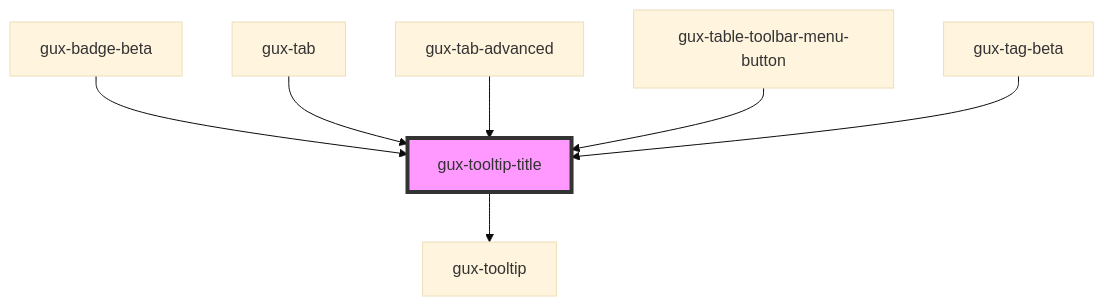
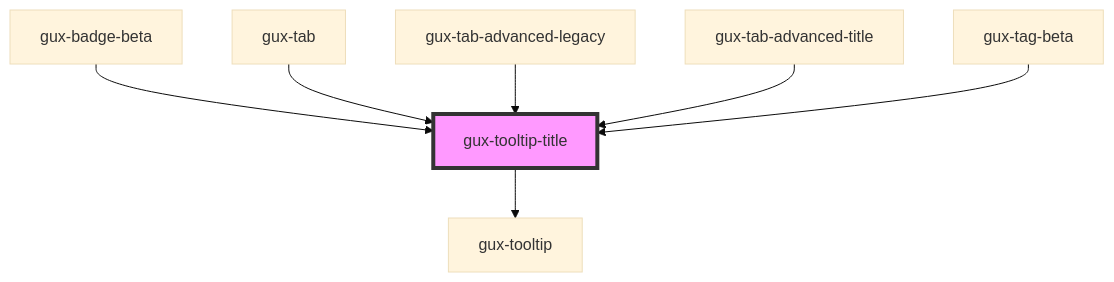
Before and after one commit to Pragadeeeshr/genesys-spark: the diagram in packages/genesys-spark-components/src/components/stable/gux-tooltip-title/readme.md, drawn with Mermaid (base theme). The commit also changed other lines of this file and 38 other files, not shown here.

Commit message:
feat(gux-tabs-advanced): shadow dom gux-tabs-advanced component

````diff
--- a/packages/genesys-spark-components/src/components/stable/gux-tooltip-title/readme.md
+++ b/packages/genesys-spark-components/src/components/stable/gux-tooltip-title/readme.md
@@ -46,10 +46,10 @@
 ```mermaid
 graph TD;
   gux-tooltip-title --> gux-tooltip
   gux-badge-beta --> gux-tooltip-title
   gux-tab --> gux-tooltip-title
-  gux-tab-advanced --> gux-tooltip-title
-  gux-table-toolbar-menu-button --> gux-tooltip-title
+  gux-tab-advanced-legacy --> gux-tooltip-title
+  gux-tab-advanced-title --> gux-tooltip-title
   gux-tag-beta --> gux-tooltip-title
   style gux-tooltip-title fill:#f9f,stroke:#333,stroke-width:4px
 ```
````
